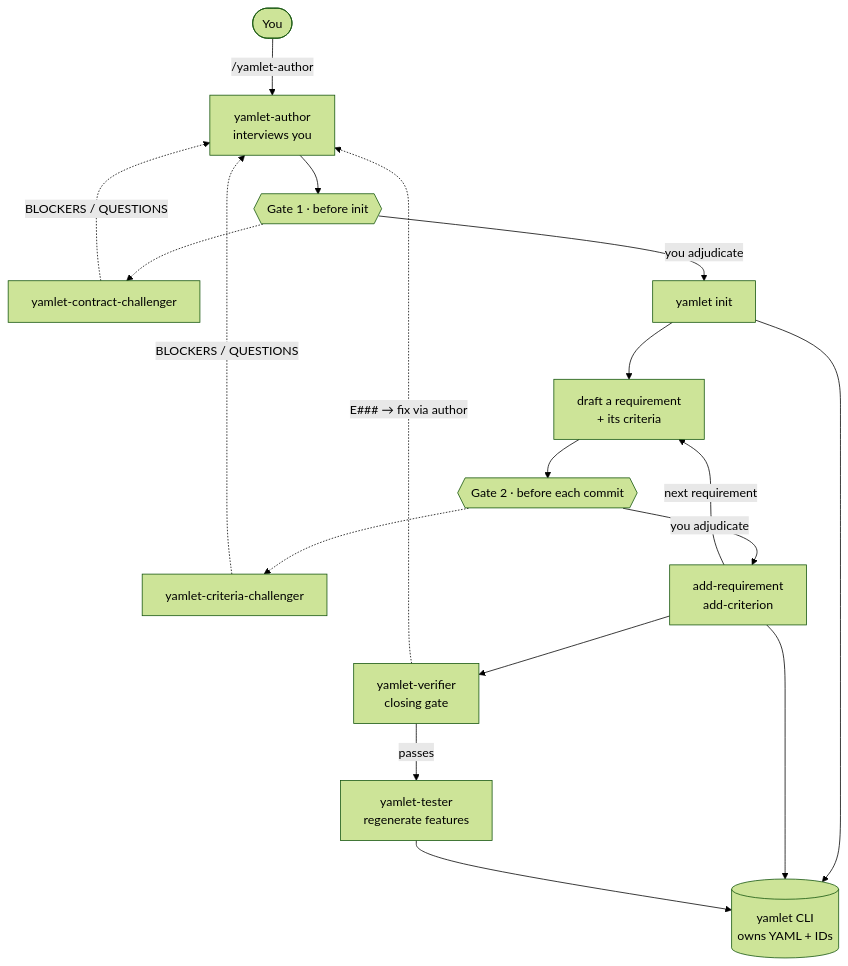
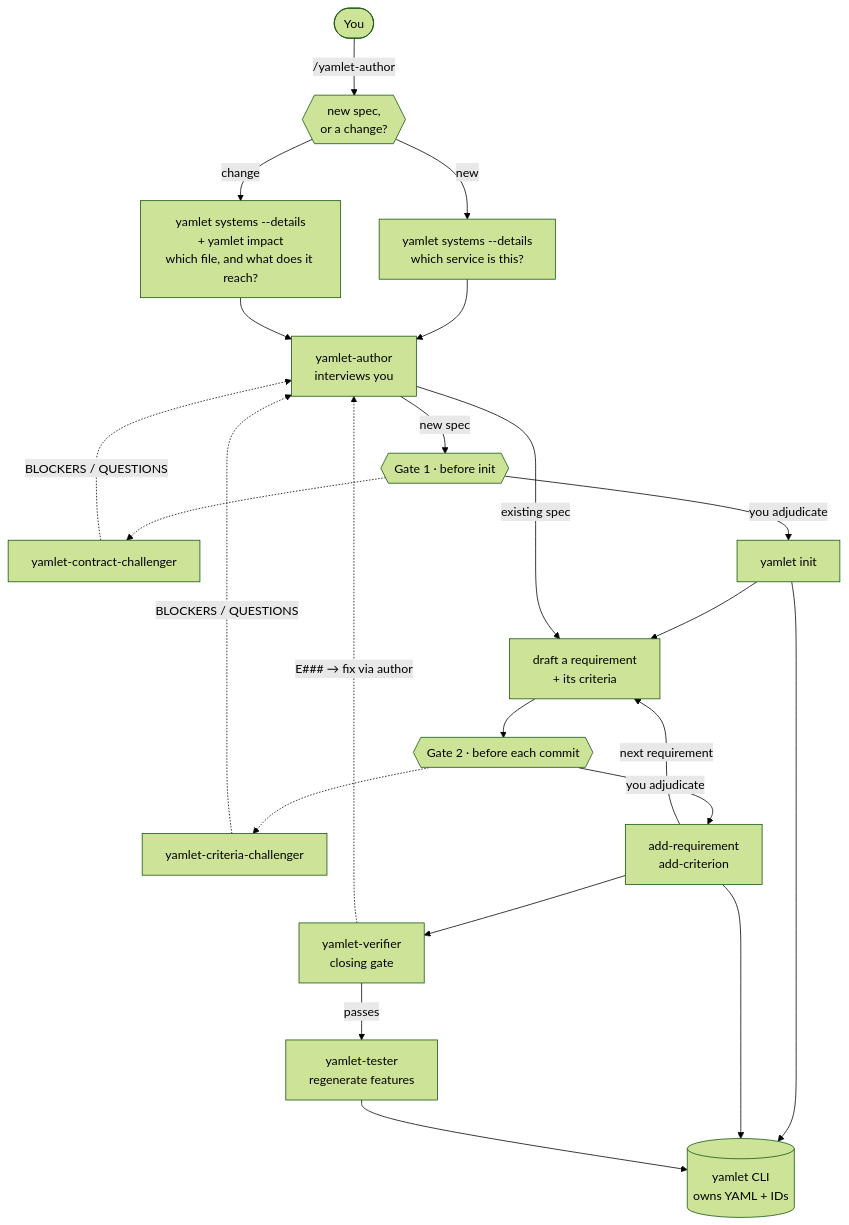
The diagram in README.md (RicardoMonteiroSimoes/Yamlet), drawn with Mermaid (forest theme) before and after one commit. The commit also changed other lines of this file and 1 other file, not shown here.

````diff
--- a/README.md
+++ b/README.md
@@ -172,23 +230,28 @@
 ```mermaid
 flowchart TD
-    U(["You"]) -->|"/yamlet-author"| A["yamlet-author<br/>interviews you"]
+    U(["You"]) -->|"/yamlet-author"| R{{"new spec,<br/>or a change?"}}
+    R -->|"new"| S["yamlet systems --details<br/>which service is this?"]
+    R -->|"change"| I["yamlet systems --details<br/>+ yamlet impact<br/>which file, and what does it reach?"]
+    S --> A["yamlet-author<br/>interviews you"]
+    I --> A
 
-    A --> G1{{"Gate 1 · before init"}}
+    A -->|"new spec"| G1{{"Gate 1 · before init"}}
     G1 -.-> CC["yamlet-contract-challenger"]
     CC -. "BLOCKERS / QUESTIONS" .-> A
     G1 -->|"you adjudicate"| INIT["yamlet init"]
 
     INIT --> D["draft a requirement<br/>+ its criteria"]
+    A -->|"existing spec"| D
     D --> G2{{"Gate 2 · before each commit"}}
     G2 -.-> RC["yamlet-criteria-challenger"]
     RC -. "BLOCKERS / QUESTIONS" .-> A
     G2 -->|"you adjudicate"| C["add-requirement<br/>add-criterion"]
     C -->|"next requirement"| D
     C --> V["yamlet-verifier<br/>closing gate"]
     V -. "E### → fix via author" .-> A
     V -->|"passes"| T["yamlet-tester<br/>regenerate features"]
 
     INIT --> CLI[("yamlet CLI<br/>owns YAML + IDs")]
     C --> CLI
     T --> CLI
 ```
````
